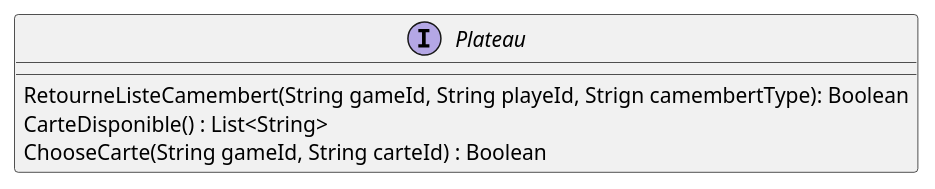
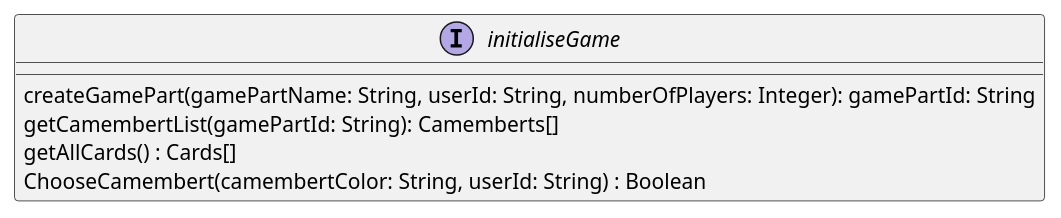
Before and after one commit to sybarry/Trivial_Pursuit_CL: the sixth of 16 diagrams in trivial-doc/modules/development/pages/composants.adoc, drawn with PlantUML. The commit also changed other lines of this file, not shown here.

```diff
--- a/trivial-doc/modules/development/pages/composants.adoc
+++ b/trivial-doc/modules/development/pages/composants.adoc
@@ -163,8 +164,9 @@
 [plantuml]
 ....
-interface Plateau {
-    RetourneListeCamembert(String gameId, String playeId, Strign camembertType): Boolean
-    CarteDisponible() : List<String>
-    ChooseCarte(String gameId, String carteId) : Boolean
+interface initialiseGame {
+    createGamePart(gamePartName: String, userId: String, numberOfPlayers: Integer): gamePartId: String
+    getCamembertList(gamePartId: String): Camemberts[]
+    getAllCards() : Cards[]
+    ChooseCamembert(camembertColor: String, userId: String) : Boolean
 }
 ....
```
